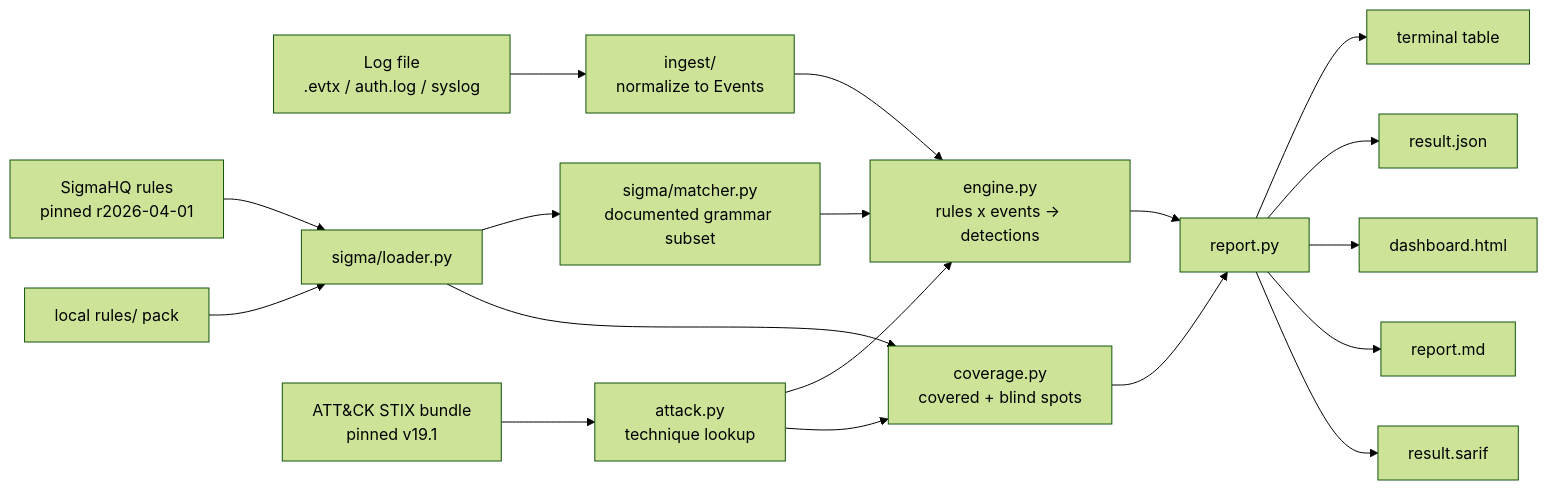
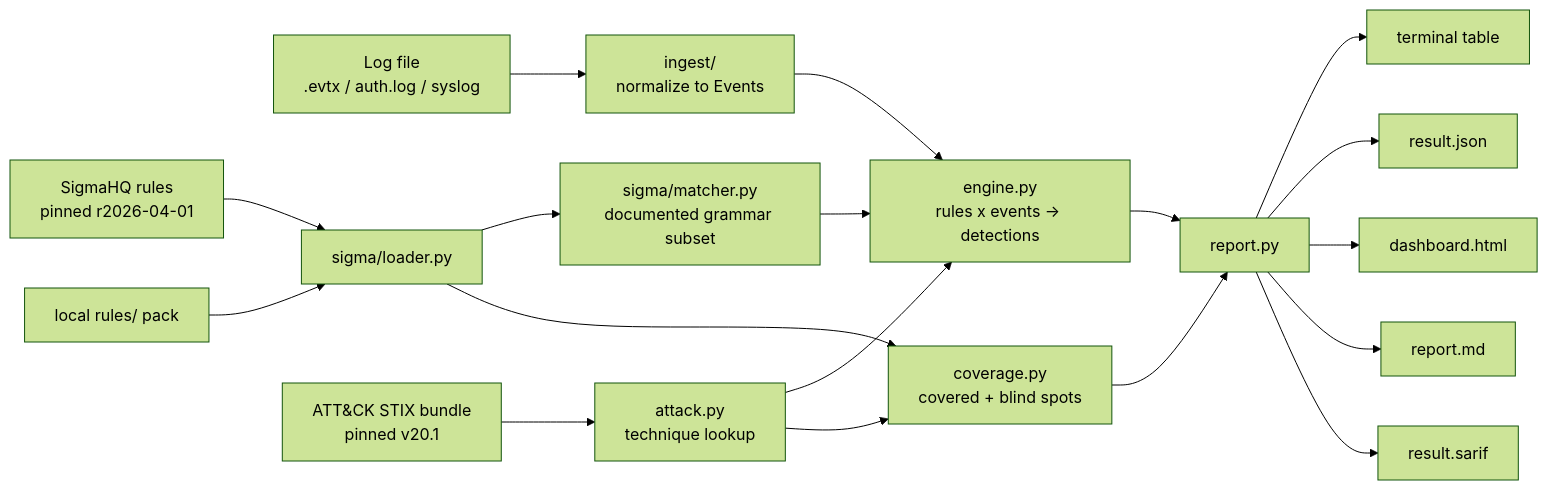
Before and after one commit to mthompsen/bastion: the diagram in README.md, drawn with Mermaid (forest theme). The commit also changed other lines of this file and 16 other files, not shown here.

First line of the commit message:
feat(attack): ATT&CK 20.1 and rule tags resolved through revoked-by

````diff
--- a/README.md
+++ b/README.md
@@ -47,20 +47,20 @@
 ```mermaid
 flowchart LR
     LOG[Log file<br/>.evtx / auth.log / syslog] --> ING[ingest/<br/>normalize to Events]
     SR[SigmaHQ rules<br/>pinned r2026-04-01] --> LD[sigma/loader.py]
     LR[local rules/ pack] --> LD
     LD --> MT[sigma/matcher.py<br/>documented grammar subset]
-    AT[ATT&CK STIX bundle<br/>pinned v19.1] --> AK[attack.py<br/>technique lookup]
+    AT[ATT&CK STIX bundle<br/>pinned v20.1] --> AK[attack.py<br/>technique lookup]
     ING --> EN[engine.py<br/>rules x events -> detections]
     MT --> EN
     AK --> EN
     LD --> CV[coverage.py<br/>covered + blind spots]
     AK --> CV
     EN --> RP[report.py]
     CV --> RP
     RP --> T1[terminal table]
     RP --> T2[result.json]
     RP --> T3[dashboard.html]
     RP --> T4[report.md]
     RP --> T5[result.sarif]
 ```
````
